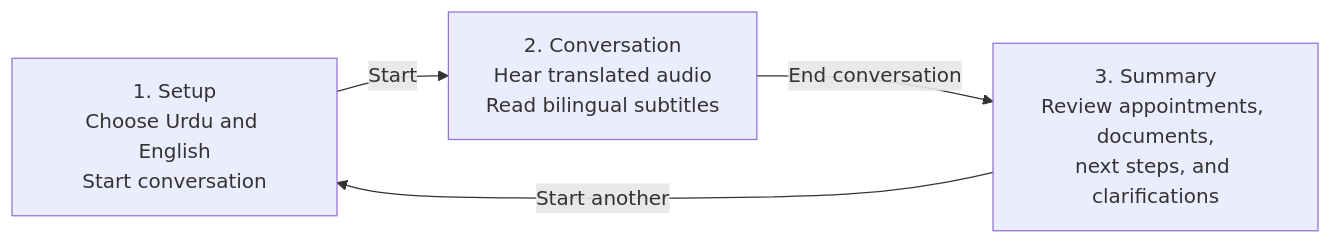
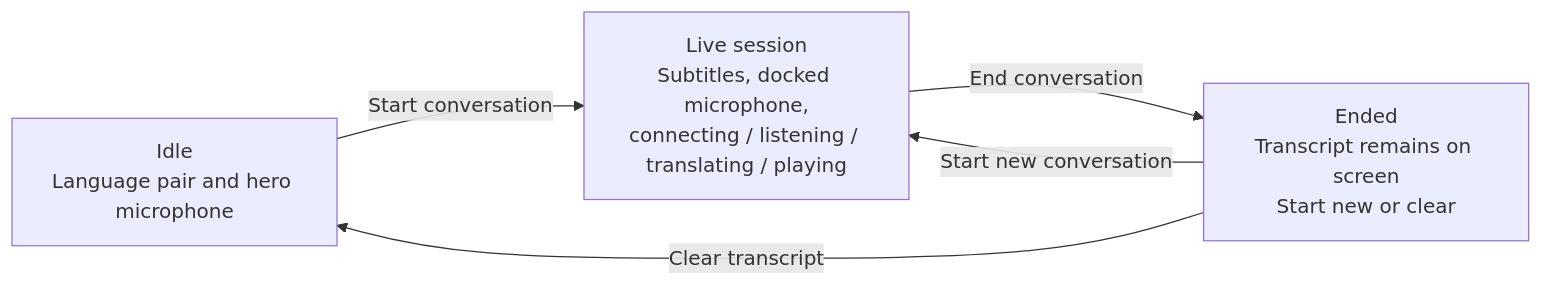
The second of 4 diagrams in docs/ARCHITECTURE.md (smahmood-data/Lingua), drawn with Mermaid before and after one commit. The commit also changed other lines of this file and 11 other files, not shown here.

````diff
--- a/docs/ARCHITECTURE.md
+++ b/docs/ARCHITECTURE.md
@@ -33,10 +47,11 @@
 ```mermaid
 flowchart LR
-    Setup["1. Setup<br/>Choose Urdu and English<br/>Start conversation"]
-    Conversation["2. Conversation<br/>Hear translated audio<br/>Read bilingual subtitles"]
-    Summary["3. Summary<br/>Review appointments, documents,<br/>next steps, and clarifications"]
+    Idle["Idle<br/>Language pair and hero microphone"]
+    Session["Live session<br/>Subtitles, docked microphone,<br/>connecting / listening / translating / playing"]
+    Ended["Ended<br/>Transcript remains on screen<br/>Start new or clear"]
 
-    Setup -->|"Start"| Conversation
-    Conversation -->|"End conversation"| Summary
-    Summary -->|"Start another"| Setup
+    Idle -->|"Start conversation"| Session
+    Session -->|"End conversation"| Ended
+    Ended -->|"Start new conversation"| Session
+    Ended -->|"Clear transcript"| Idle
 ```
````
